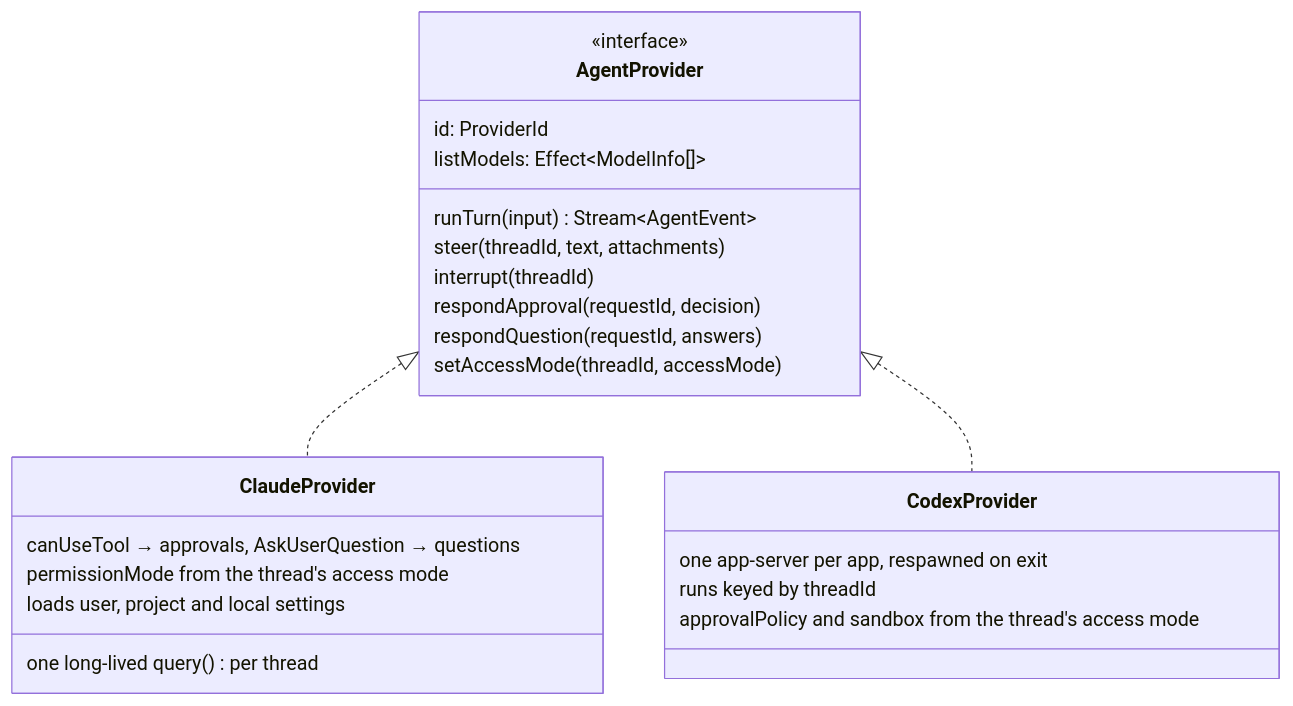
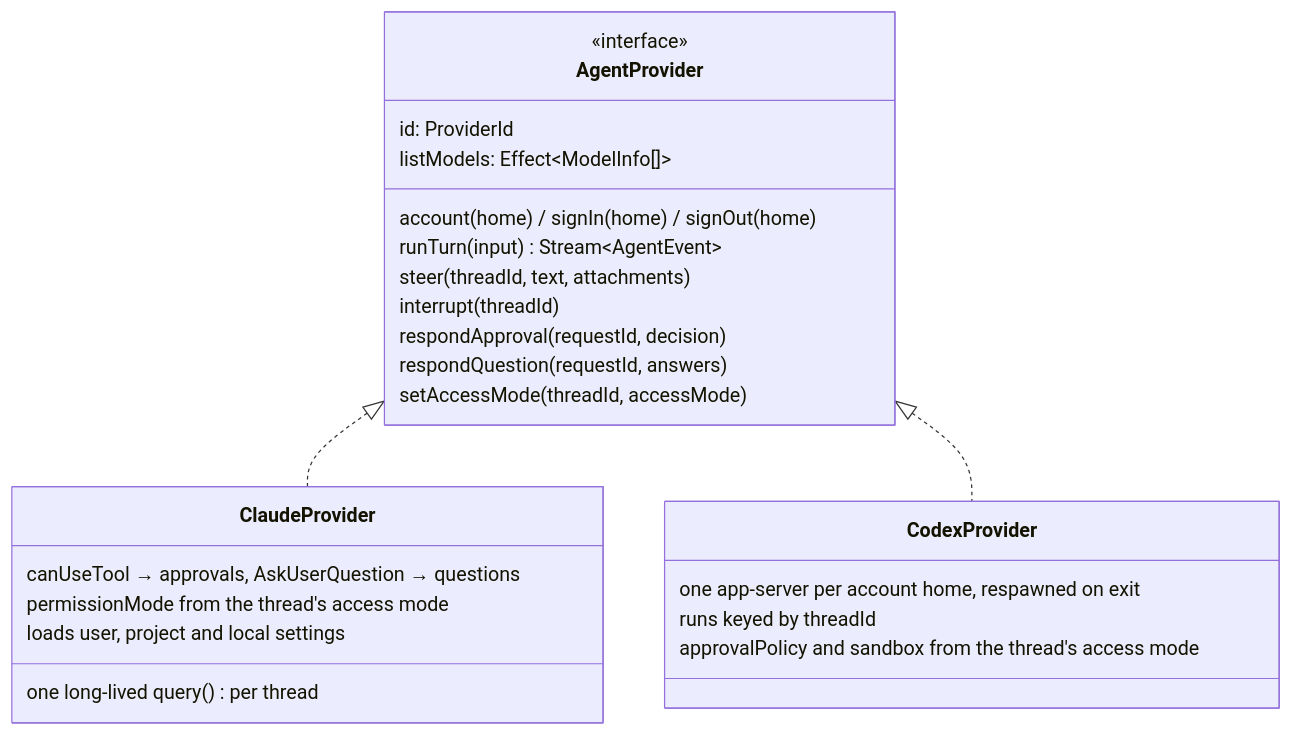
One commit to hinadev-ai/hinacode changed the fourth of 15 diagrams in docs/arch.md. Above: the diagram before and after it, drawn with Mermaid. The commit also changed other lines of this file and 23 other files, not shown here.

First line of the commit message:
feat(agents): run each thread on its account's home

````diff
--- a/docs/arch.md
+++ b/docs/arch.md
@@ -97,27 +97,28 @@
 ```mermaid
 classDiagram
   class AgentProvider {
     <<interface>>
     id: ProviderId
     listModels: Effect~ModelInfo[]~
+    account(home) / signIn(home) / signOut(home)
     runTurn(input) Stream~AgentEvent~
     steer(threadId, text, attachments)
     interrupt(threadId)
     respondApproval(requestId, decision)
     respondQuestion(requestId, answers)
     setAccessMode(threadId, accessMode)
   }
   class ClaudeProvider {
     one long-lived query() per thread
     canUseTool → approvals, AskUserQuestion → questions
     permissionMode from the thread's access mode
     loads user, project and local settings
   }
   class CodexProvider {
-    one app-server per app, respawned on exit
+    one app-server per account home, respawned on exit
     runs keyed by threadId
     approvalPolicy and sandbox from the thread's access mode
   }
   AgentProvider <|.. ClaudeProvider
   AgentProvider <|.. CodexProvider
 ```
````
